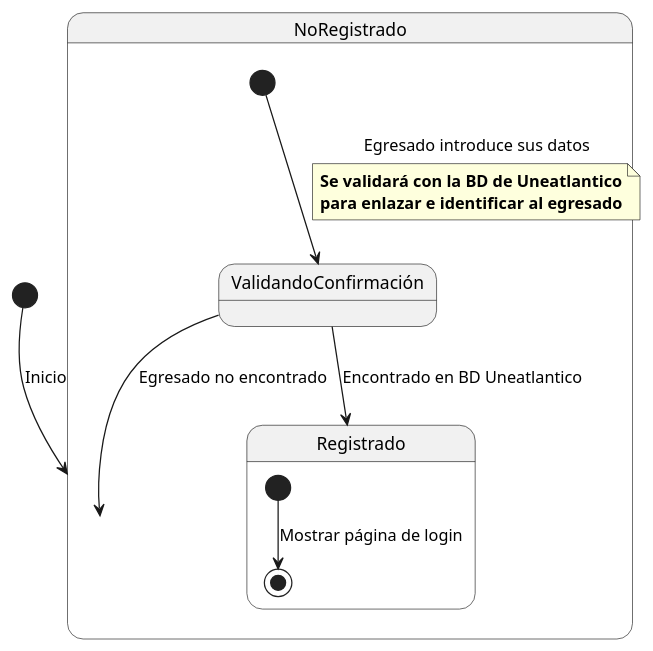
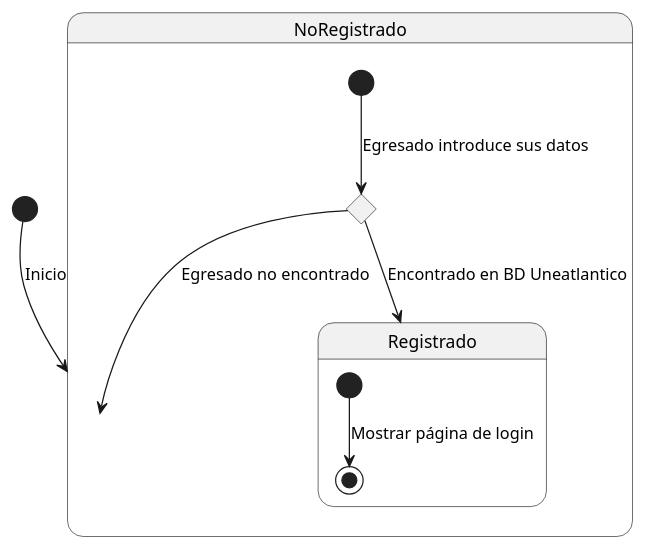
One commit to mmasias/23-24-IdSw1-SDR changed the diagram in Caso_de_Uso/Casos_de_Uso/Egresado/Registro_en_plataforma/DdE.puml. Above: the diagram before and after it, drawn with PlantUML. The commit also changed 9 other files, not shown here.

Commit message:
Remove unused files and update use case diagrams

```diff
--- a/Caso_de_Uso/Casos_de_Uso/Egresado/Registro_en_plataforma/DdE.puml
+++ b/Caso_de_Uso/Casos_de_Uso/Egresado/Registro_en_plataforma/DdE.puml
@@ -1,20 +1,17 @@
 @startuml
 skinparam defaultFontName Arial
 top to bottom direction
 
 [*] --> NoRegistrado : Inicio
 
 state NoRegistrado {
-  [*] --> ValidandoConfirmación : Egresado introduce sus datos
-  note on link
-        **Se validará con la BD de Uneatlantico**
-        **para enlazar e identificar al egresado**
-  end note
-  ValidandoConfirmación --> Registrado : Encontrado en BD Uneatlantico
-  ValidandoConfirmación --> NoRegistrado : Egresado no encontrado
+  state Procesando <<choice>>
+  [*] --> Procesando : Egresado introduce sus datos
+  Procesando --> Registrado : Encontrado en BD Uneatlantico
+  Procesando --> NoRegistrado : Egresado no encontrado
 }
 
 state Registrado {
   [*] --> [*] : Mostrar página de login
 }
 @enduml
```
